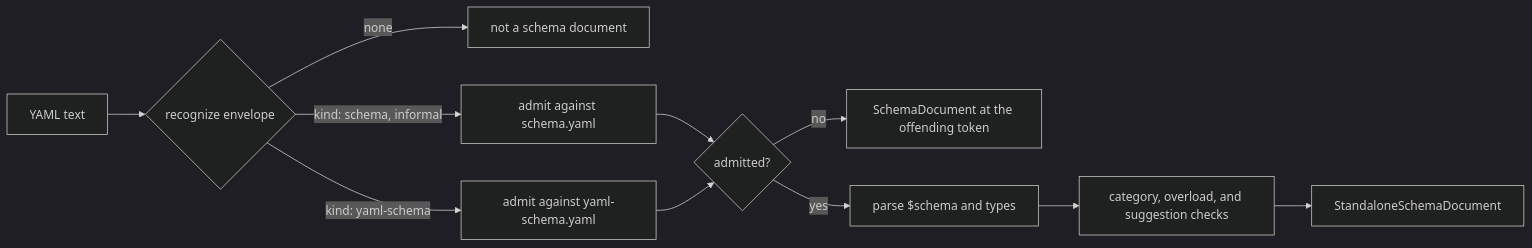
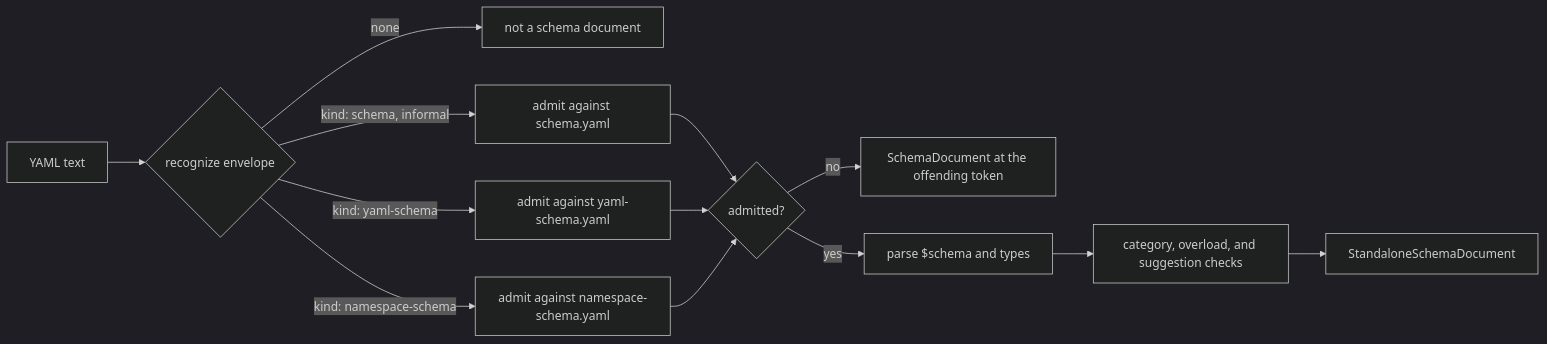
Before and after one commit to yankeeinlondon/rusty-biscuit: the third of 3 diagrams in simplified-schema/docs/topics/language/schema-documents.md, drawn with Mermaid (dark theme). The commit also changed other lines of this file and 62 other files, not shown here.

First line of the commit message:
feat(simplified-schema): compose schemas and resolve registered kinds

````diff
--- a/simplified-schema/docs/topics/language/schema-documents.md
+++ b/simplified-schema/docs/topics/language/schema-documents.md
@@ -395,13 +527,15 @@
 ```mermaid
 flowchart LR
     T[YAML text] --> R{recognize envelope}
     R -->|none| N[not a schema document]
     R -->|"kind: schema, informal"| S[admit against schema.yaml]
     R -->|"kind: yaml-schema"| Y[admit against yaml-schema.yaml]
+    R -->|"kind: namespace-schema"| NS[admit against namespace-schema.yaml]
     S --> A{admitted?}
     Y --> A
+    NS --> A
     A -->|no| E[SchemaDocument at the offending token]
     A -->|yes| P[parse $schema and types]
     P --> C[category, overload, and suggestion checks]
     C --> D[StandaloneSchemaDocument]
 ```
````
